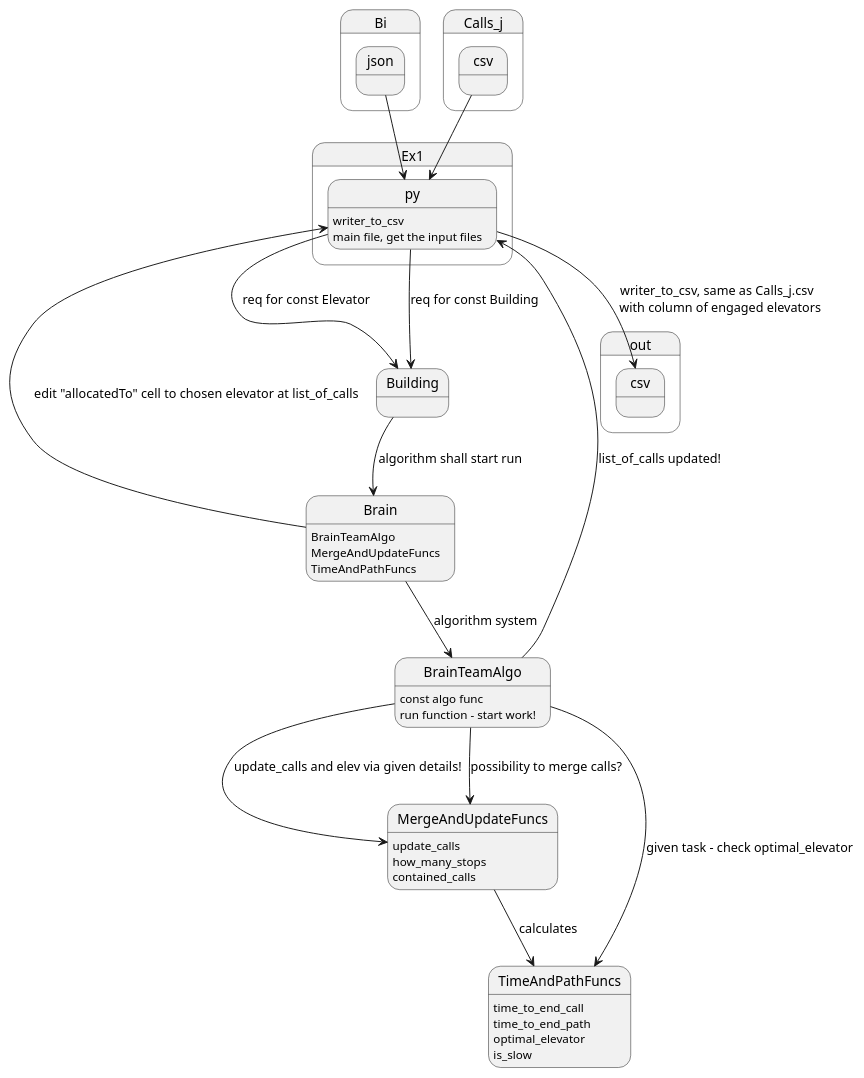
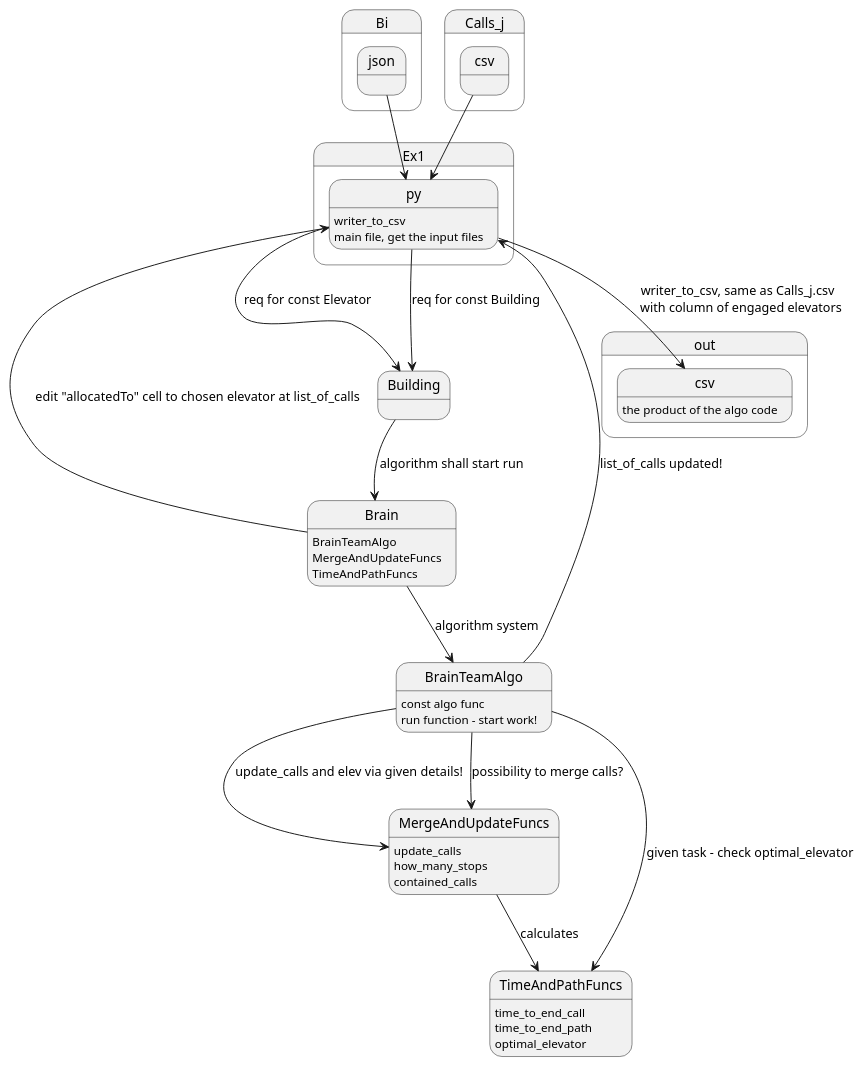
The diagram in diagram.puml (amiramir96/Ex1_OOP), drawn with PlantUML before and after one commit.

Commit message:
uml updated

```diff
--- a/diagram.puml
+++ b/diagram.puml
@@ -1,60 +1,60 @@
 @startuml
 'https://plantuml.com/sequence-diagram
 
 'list_of_calls: hold calls, sorted via startTime
 'list_of_elevators: hold elev,no sort
 'writer_to_csv --> output.csv : print for idx in list_of_calls ea line
 Ex1.py: writer_to_csv
 Ex1.py : main file, get the input files
 ''elev list Sorted via ID number!
 'Bi.json --> list_of_elevators: parse json to elev list obj
 
 Brain : BrainTeamAlgo
 Brain : MergeAndUpdateFuncs
 Brain : TimeAndPathFuncs
 
 BrainTeamAlgo: const algo func
 BrainTeamAlgo: run function - start work!
 
 'the both below funcs is updating the chosen elevator
 'to: currect time and currect position of the end of the chain of task the elev got
 MergeAndUpdateFuncs: update_calls
 MergeAndUpdateFuncs: how_many_stops
 'the func check possibility to merge
 'between calls for the given elevator
 MergeAndUpdateFuncs: contained_calls
 
 'given call and elevator - check time to end call
 TimeAndPathFuncs: time_to_end_call
 'given floors start stop, elevator and start time for the task - check end time
 TimeAndPathFuncs: time_to_end_path
 'given call and list of elevators - which elev
 'will end firs the task
 TimeAndPathFuncs: optimal_elevator
 'given building and elevator if elev is higher or lower/equal from avg speed (then slow)
-TimeAndPathFuncs: is_slow
-
+'TimeAndPathFuncs: is_slow
+out.csv : the product of the algo code
 
 Bi.json --> Ex1.py
 Calls_j.csv --> Ex1.py
 
 'construct the whole environment!
 Ex1.py --> Building : req for const Elevator
 Ex1.py --> Building : req for const Building
 'Bi.json --> Building : grants min max floors
 
 'the brain take his data from Building and only his
 Building --> Brain : algorithm shall start run
 
 Brain --> BrainTeamAlgo : algorithm system
 
 Brain --> Ex1.py : edit "allocatedTo" cell to chosen elevator at list_of_calls
 
 BrainTeamAlgo --> TimeAndPathFuncs : given task - check optimal_elevator
 BrainTeamAlgo --> MergeAndUpdateFuncs : possibility to merge calls?
 MergeAndUpdateFuncs --> TimeAndPathFuncs : calculates
 BrainTeamAlgo --> MergeAndUpdateFuncs : update_calls and elev via given details!
 BrainTeamAlgo --> Ex1.py : list_of_calls updated!
 Ex1.py --> out.csv : writer_to_csv, same as Calls_j.csv\
  \n with column of engaged elevators
 @enduml
```
